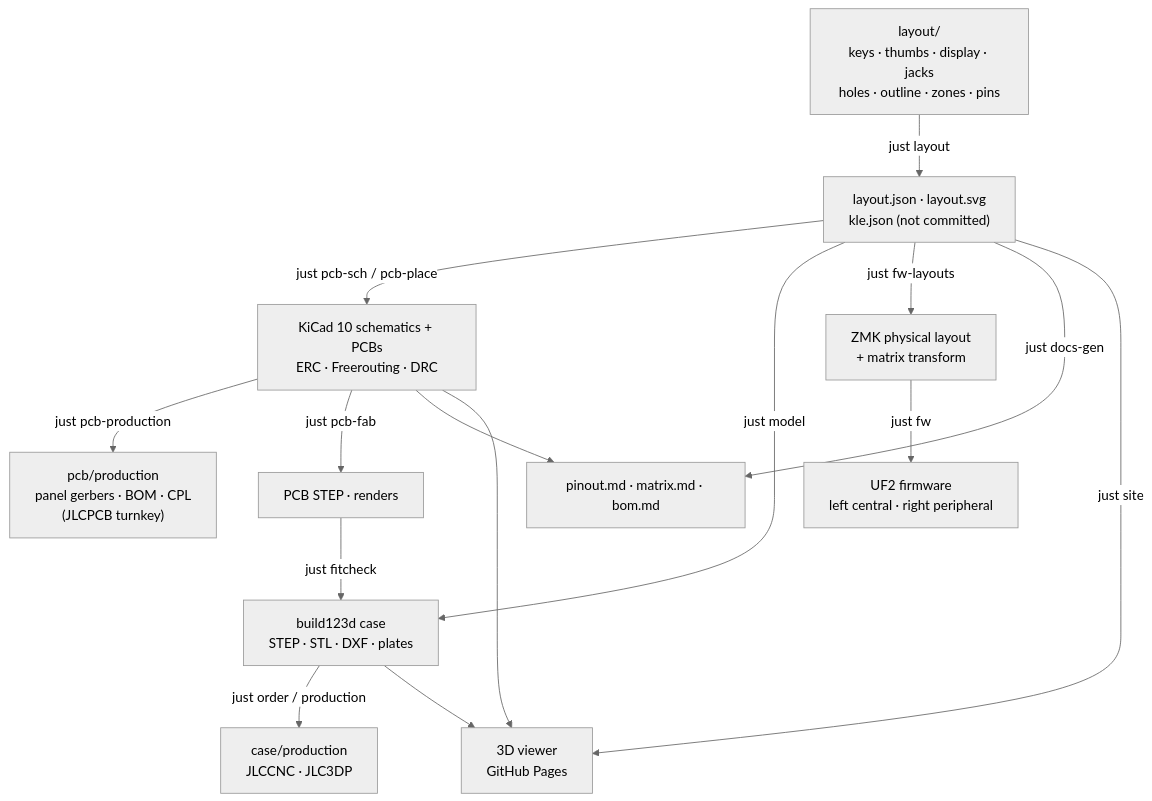
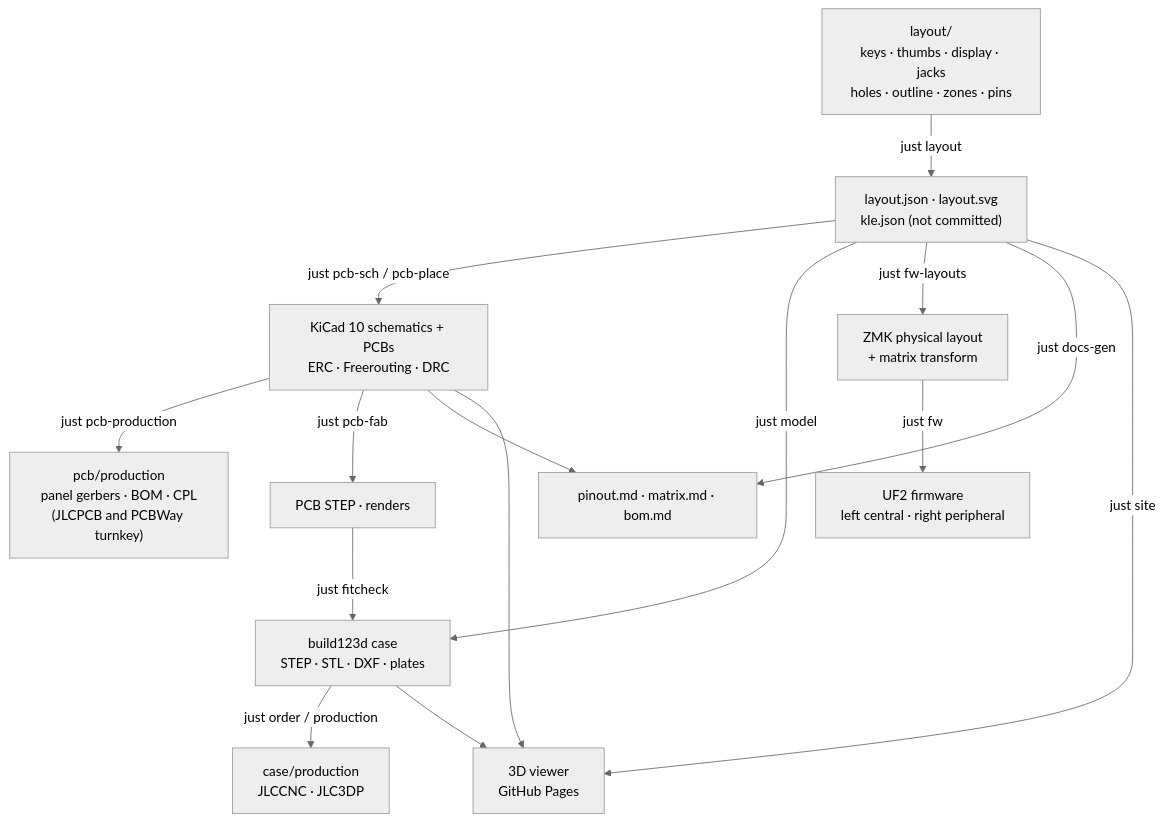
The second of 2 diagrams in README.md (w0rxbend/worxboard), drawn with Mermaid (neutral theme) before and after one commit. The commit also changed other lines of this file and 88 other files, not shown here.

````diff
--- a/README.md
+++ b/README.md
@@ -443,17 +461,17 @@
 ```mermaid
 flowchart TB
     L["layout/<br/>keys · thumbs · display · jacks<br/>holes · outline · zones · pins"] -->|just layout| J["layout.json · layout.svg<br/>kle.json (not committed)"]
     J -->|just pcb-sch / pcb-place| P["KiCad 10 schematics + PCBs<br/>ERC · Freerouting · DRC"]
-    P -->|just pcb-production| F["pcb/production<br/>panel gerbers · BOM · CPL<br/>(JLCPCB turnkey)"]
+    P -->|just pcb-production| F["pcb/production<br/>panel gerbers · BOM · CPL<br/>(JLCPCB and PCBWay turnkey)"]
     P -->|just pcb-fab| S["PCB STEP · renders"]
     J -->|just model| C["build123d case<br/>STEP · STL · DXF · plates"]
     S -->|just fitcheck| C
     C -->|just order / production| O["case/production<br/>JLCCNC · JLC3DP"]
     J -->|just fw-layouts| Z["ZMK physical layout<br/>+ matrix transform"]
     Z -->|just fw| U["UF2 firmware<br/>left central · right peripheral"]
     J -->|just docs-gen| D["pinout.md · matrix.md · bom.md"]
     P --> D
     J -->|just site| W["3D viewer<br/>GitHub Pages"]
     P --> W
     C --> W
 ```
````
